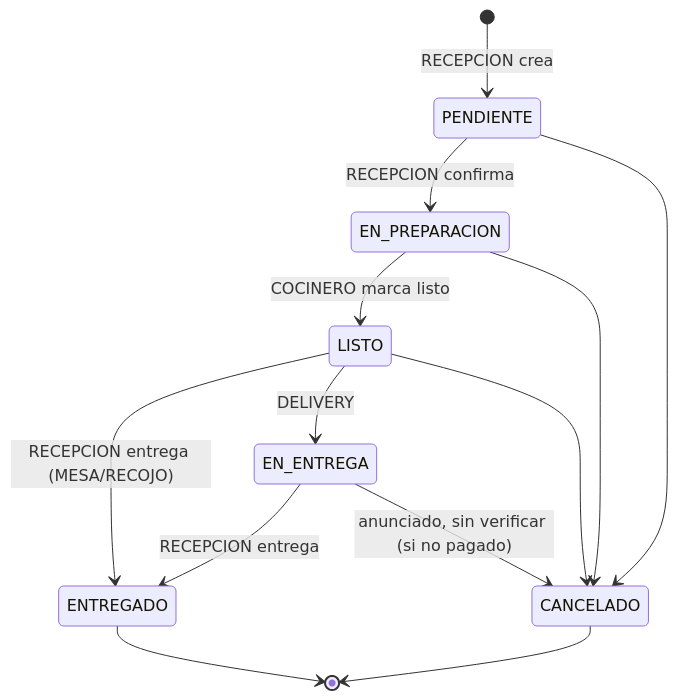
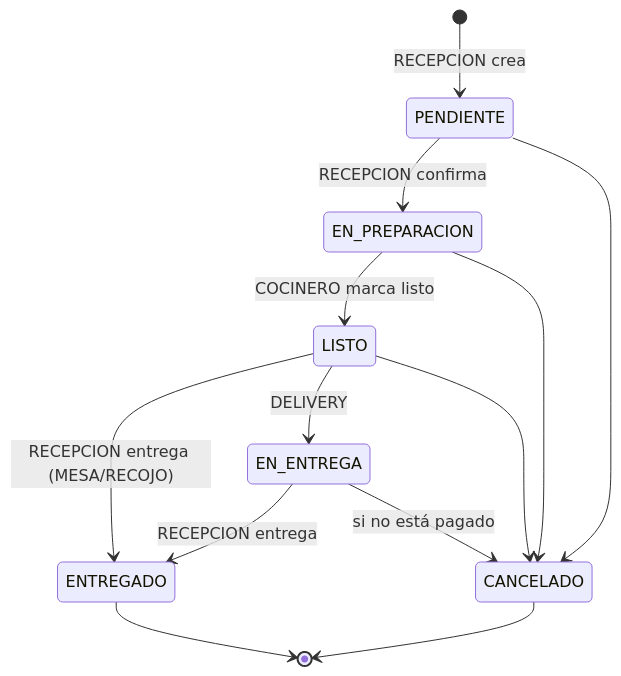
Before and after one commit to Giands96/servidOS-front: the fifth of 6 diagrams in notes/06 - Flujo del Sistema/Flujo del Sistema.md, drawn with Mermaid. The commit also changed other lines of this file and 19 other files, not shown here.

````diff
--- a/notes/06 - Flujo del Sistema/Flujo del Sistema.md
+++ b/notes/06 - Flujo del Sistema/Flujo del Sistema.md
@@ -98,15 +98,15 @@
 ```mermaid
 stateDiagram-v2
     [*] --> PENDIENTE: RECEPCION crea
     PENDIENTE --> EN_PREPARACION: RECEPCION confirma
     EN_PREPARACION --> LISTO: COCINERO marca listo
     LISTO --> ENTREGADO: RECEPCION entrega (MESA/RECOJO)
     LISTO --> EN_ENTREGA: DELIVERY
     EN_ENTREGA --> ENTREGADO: RECEPCION entrega
     PENDIENTE --> CANCELADO
     EN_PREPARACION --> CANCELADO
     LISTO --> CANCELADO
-    EN_ENTREGA --> CANCELADO: anunciado, sin verificar (si no pagado)
+    EN_ENTREGA --> CANCELADO: si no está pagado
     ENTREGADO --> [*]
     CANCELADO --> [*]
 ```
````
